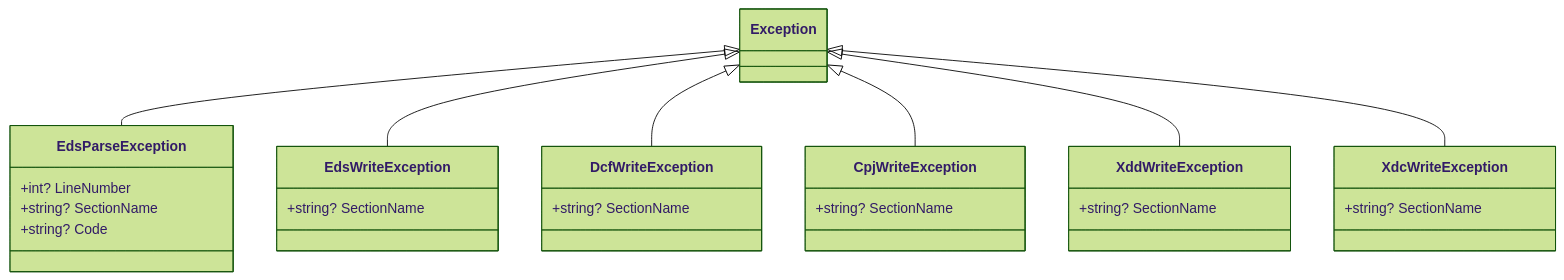
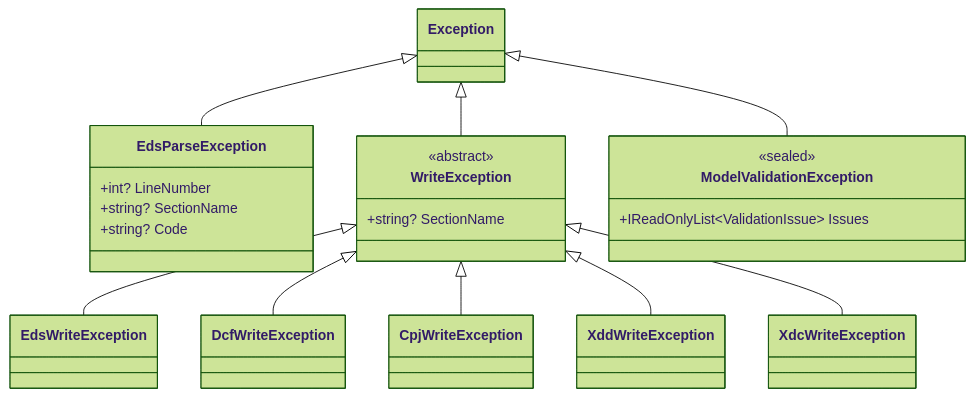
One commit to dborgards/eds-dcf-net changed the seventh of 8 diagrams in docs/architecture/05-building-block-view.md. Above: the diagram before and after it, drawn with Mermaid (forest theme). The commit also changed other lines of this file and 6 other files, not shown here.

````diff
--- a/docs/architecture/05-building-block-view.md
+++ b/docs/architecture/05-building-block-view.md
@@ -289,35 +307,27 @@
 ```mermaid
 classDiagram
     Exception <|-- EdsParseException
-    Exception <|-- EdsWriteException
-    Exception <|-- DcfWriteException
-    Exception <|-- CpjWriteException
-    Exception <|-- XddWriteException
-    Exception <|-- XdcWriteException
+    Exception <|-- WriteException
+    Exception <|-- ModelValidationException
+    WriteException <|-- EdsWriteException
+    WriteException <|-- DcfWriteException
+    WriteException <|-- CpjWriteException
+    WriteException <|-- XddWriteException
+    WriteException <|-- XdcWriteException
 
     class EdsParseException {
         +int? LineNumber
         +string? SectionName
         +string? Code
     }
 
-    class EdsWriteException {
+    class WriteException {
+        <<abstract>>
         +string? SectionName
     }
 
-    class DcfWriteException {
-        +string? SectionName
-    }
-
-    class CpjWriteException {
-        +string? SectionName
-    }
-
-    class XddWriteException {
-        +string? SectionName
-    }
-
-    class XdcWriteException {
-        +string? SectionName
+    class ModelValidationException {
+        <<sealed>>
+        +IReadOnlyList~ValidationIssue~ Issues
     }
 ```
````
